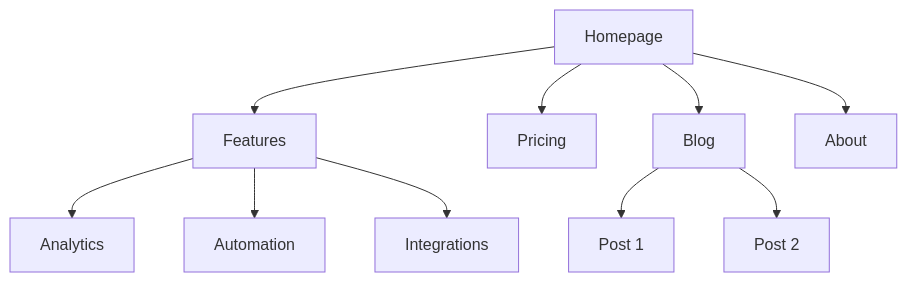
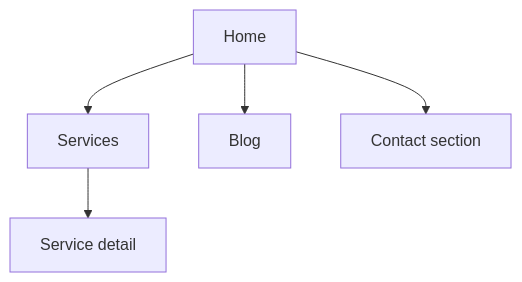
One commit to arnaudbellemare/GestionVeloraWebsite changed the diagram in .cursor/skills/site-architecture/SKILL.md. Above: the diagram before and after it, drawn with Mermaid. The commit also changed other lines of this file and 54 other files, not shown here.

First line of the commit message:
UI and content: services hub, hero/footer polish, QR tree embed, contact CTAs

````diff
--- a/.cursor/skills/site-architecture/SKILL.md
+++ b/.cursor/skills/site-architecture/SKILL.md
@@ -212,14 +119,8 @@
 ```mermaid
 graph TD
-    HOME[Homepage] --> FEAT[Features]
-    HOME --> PRICE[Pricing]
-    HOME --> BLOG[Blog]
-    HOME --> ABOUT[About]
-
-    FEAT --> F1[Analytics]
-    FEAT --> F2[Automation]
-    FEAT --> F3[Integrations]
-
-    BLOG --> B1[Post 1]
-    BLOG --> B2[Post 2]
+  HOME[Home]
+  HOME --> SVC[Services]
+  HOME --> BLOG[Blog]
+  HOME --> CONTACT[Contact section]
+  SVC --> S1[Service detail]
 ```
````
